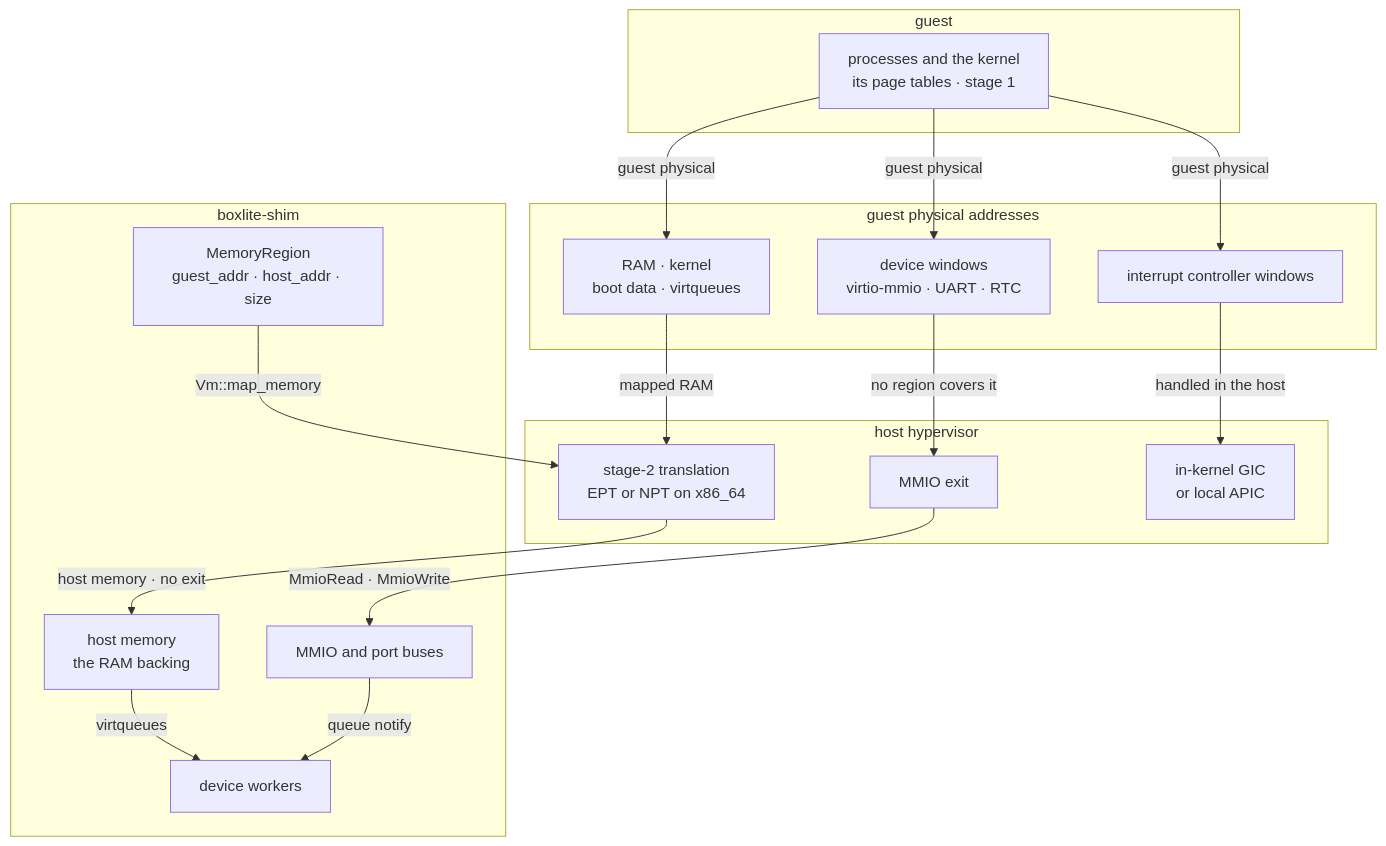
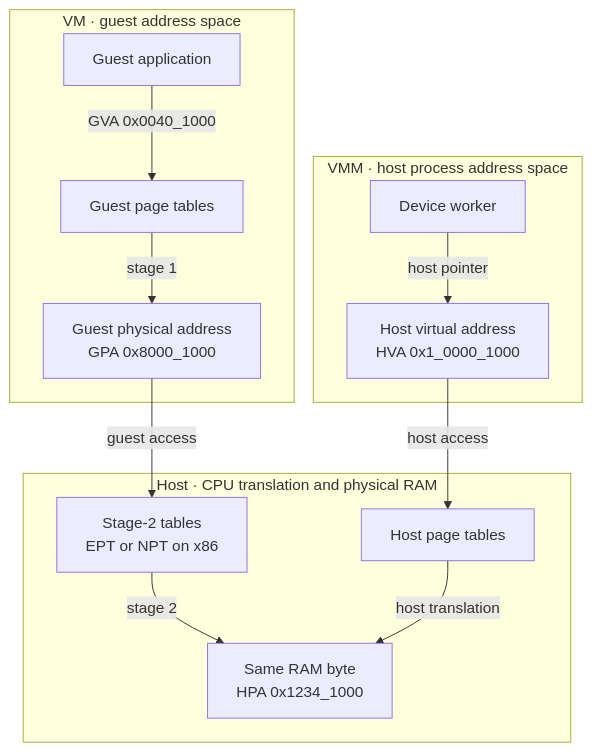
One commit to boxlite-ai/boxlite changed the first of 10 diagrams in docs/architecture/vmm/memory.md. Above: the diagram before and after it, drawn with Mermaid. The commit also changed other lines of this file and 3 other files, not shown here.

````diff
--- a/docs/architecture/vmm/memory.md
+++ b/docs/architecture/vmm/memory.md
@@ -7,33 +10,24 @@
 ```mermaid
 flowchart TB
-  subgraph guest_side["guest"]
-    guest_code["processes and the kernel<br/>its page tables · stage 1"]
+  subgraph guest["VM · guest address space"]
+    program["Guest application"]
+    guest_pt["Guest page tables"]
+    guest_address["Guest physical address<br/>GPA 0x8000_1000"]
   end
-  subgraph gpa_space["guest physical addresses"]
-    gpa_ram["RAM · kernel<br/>boot data · virtqueues"]
-    gpa_windows["device windows<br/>virtio-mmio · UART · RTC"]
-    gpa_irq["interrupt controller windows"]
+  subgraph vmm["VMM · host process address space"]
+    worker["Device worker"]
+    host_address["Host virtual address<br/>HVA 0x1_0000_1000"]
   end
-  subgraph host_hv["host hypervisor"]
-    stage2["stage-2 translation<br/>EPT or NPT on x86_64"]
-    mmio_exit["MMIO exit"]
-    in_kernel["in-kernel GIC<br/>or local APIC"]
+  subgraph host["Host · CPU translation and physical RAM"]
+    stage2["Stage-2 tables<br/>EPT or NPT on x86"]
+    host_pt["Host page tables"]
+    physical_ram["Same RAM byte<br/>HPA 0x1234_1000"]
   end
-  subgraph shim_side["boxlite-shim"]
-    region["MemoryRegion<br/>guest_addr · host_addr · size"]
-    backing["host memory<br/>the RAM backing"]
-    bus["MMIO and port buses"]
-    workers["device workers"]
-  end
-  guest_code m_ram@-->|"guest physical"| gpa_ram
-  guest_code m_window@-->|"guest physical"| gpa_windows
-  guest_code m_irq@-->|"guest physical"| gpa_irq
-  gpa_ram m_mapped@-->|"mapped RAM"| stage2
-  region m_region@-->|"Vm::map_memory"| stage2
-  stage2 m_host@-->|"host memory · no exit"| backing
-  gpa_windows m_exit@-->|"no region covers it"| mmio_exit
-  gpa_irq m_in_kernel@-->|"handled in the host"| in_kernel
-  mmio_exit m_bus@-->|"MmioRead · MmioWrite"| bus
-  bus m_notify@-->|"queue notify"| workers
-  backing m_queues@-->|"virtqueues"| workers
+  program memory_1_e1@-->|"GVA 0x0040_1000"| guest_pt
+  guest_pt memory_1_e2@-->|"stage 1"| guest_address
+  guest_address memory_1_e3@-->|"guest access"| stage2
+  stage2 memory_1_e4@-->|"stage 2"| physical_ram
+  worker memory_1_e5@-->|"host pointer"| host_address
+  host_address memory_1_e6@-->|"host access"| host_pt
+  host_pt memory_1_e7@-->|"host translation"| physical_ram
 ```
````
